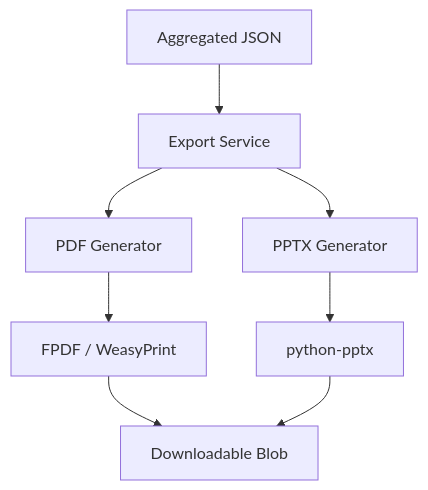
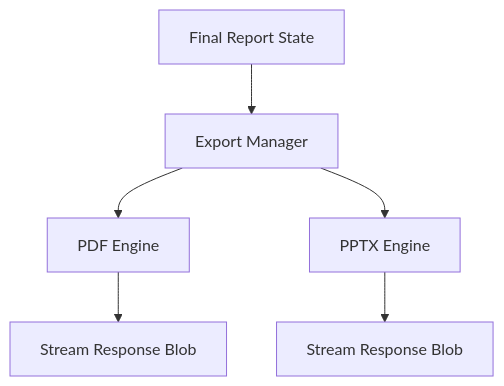
The seventh of 9 diagrams in docs/architecture.md (shreyar29/AI-Startup-Idea-Validator), drawn with Mermaid before and after one commit. The commit also changed other lines of this file and 6 other files, not shown here.

````diff
--- a/docs/architecture.md
+++ b/docs/architecture.md
@@ -131,13 +129,10 @@
 ```mermaid
 graph TD
-    ReportData[Aggregated JSON] --> ExportManager[Export Service]
+    State[Final Report State] --> ExportService[Export Manager]
     
-    ExportManager --> PDF[PDF Generator]
-    ExportManager --> PPT[PPTX Generator]
+    ExportService --> PDF[PDF Engine]
+    ExportService --> PPTX[PPTX Engine]
     
-    PDF --> PDF_API[FPDF / WeasyPrint]
-    PPT --> PPT_API[python-pptx]
-    
-    PDF_API --> OutputFile[Downloadable Blob]
-    PPT_API --> OutputFile
+    PDF --> StreamPDF[Stream Response Blob]
+    PPTX --> StreamPPTX[Stream Response Blob]
 ```
````
